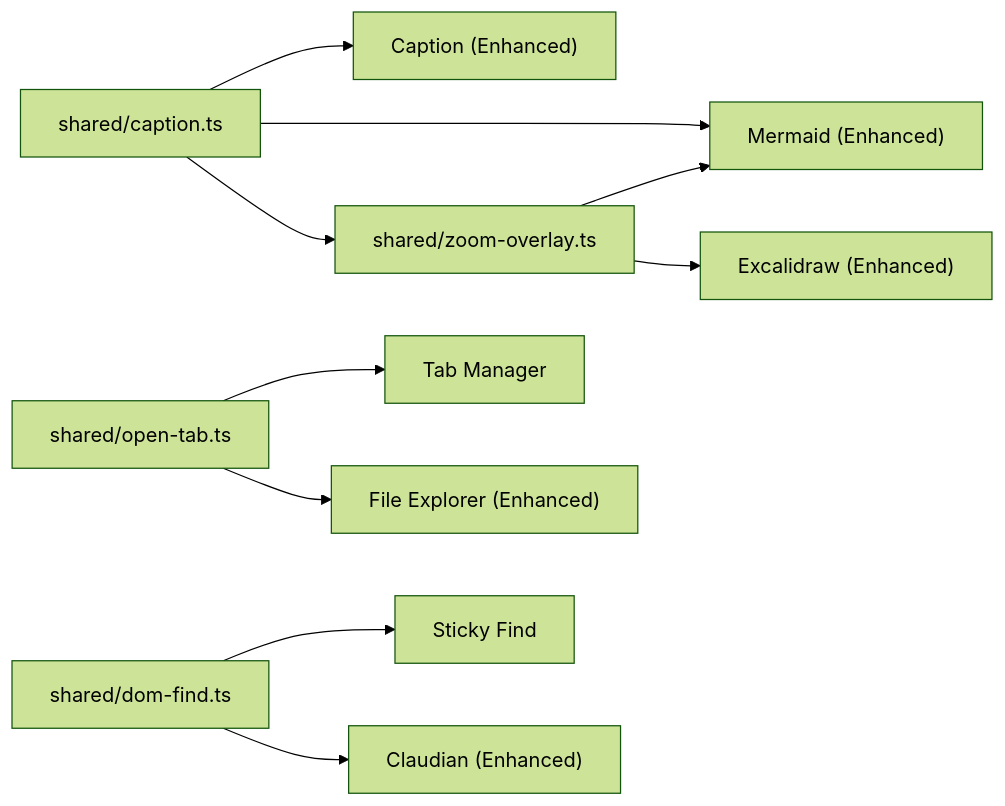
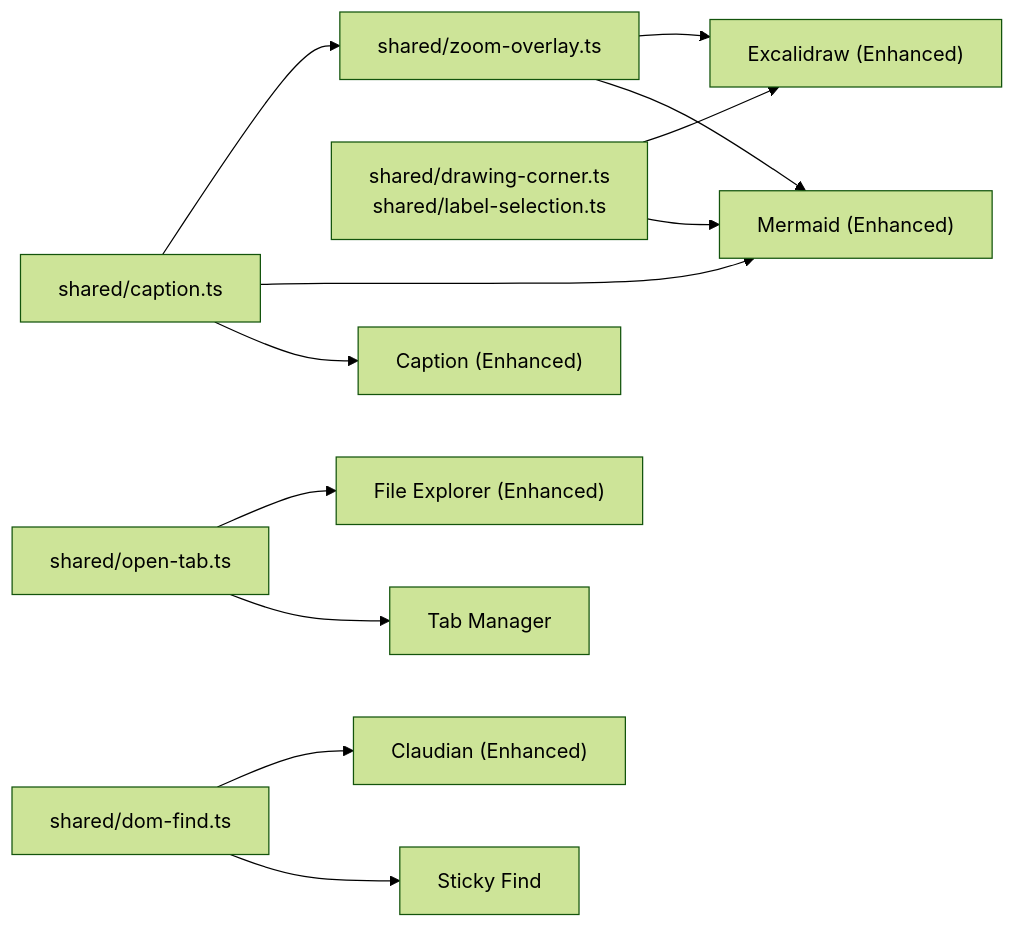
One commit to zzzzzhowie/obsidian-plugin-toolkit changed the second of 14 diagrams in README.md. Above: the diagram before and after it, drawn with Mermaid (forest theme). The commit also changed other lines of this file and 9 other files, not shown here.

````diff
--- a/README.md
+++ b/README.md
@@ -50,12 +50,14 @@
 ```mermaid
 flowchart LR
     ZO["shared/zoom-overlay.ts"] --> ME["Mermaid (Enhanced)"]
     ZO --> EX["Excalidraw (Enhanced)"]
+    DC["shared/drawing-corner.ts<br/>shared/label-selection.ts"] --> ME
+    DC --> EX
     CA["shared/caption.ts"] --> CE["Caption (Enhanced)"]
     CA --> ME
     CA --> ZO
     OT["shared/open-tab.ts"] --> TM["Tab Manager"]
     OT --> FE["File Explorer (Enhanced)"]
     DF["shared/dom-find.ts"] --> SF["Sticky Find"]
     DF --> CL["Claudian (Enhanced)"]
 ```
````
